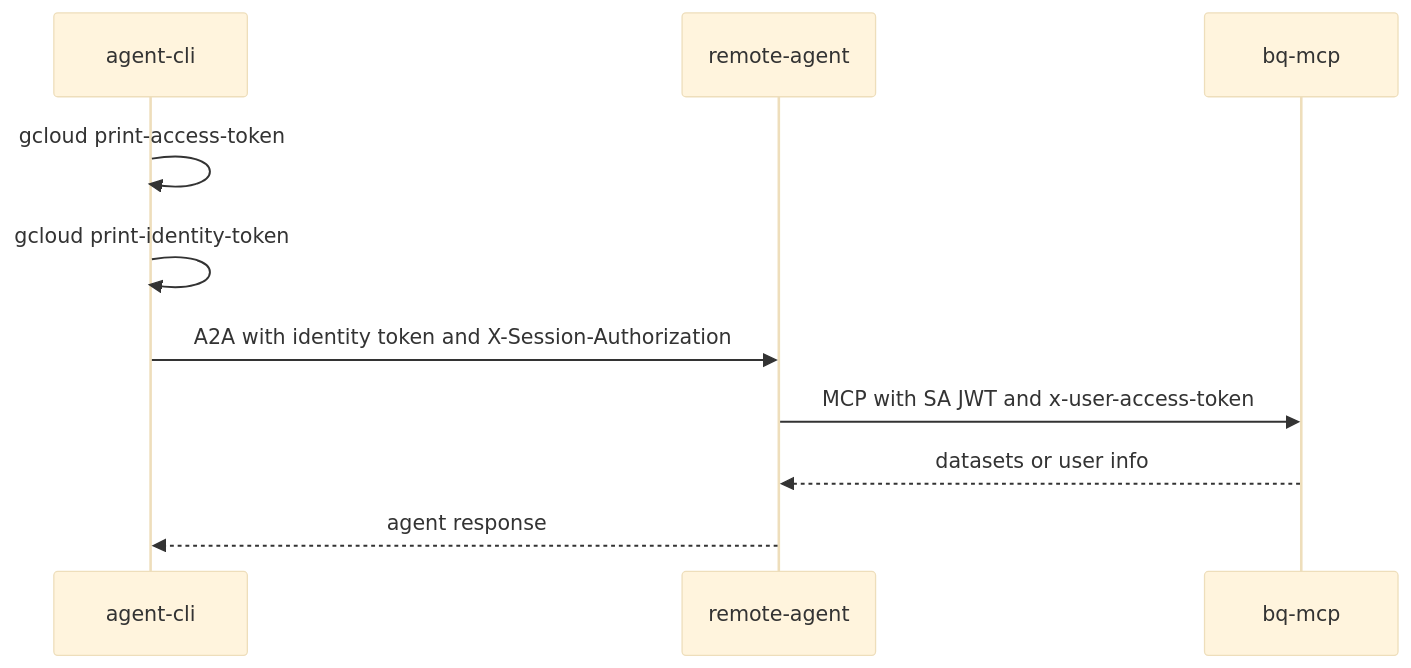
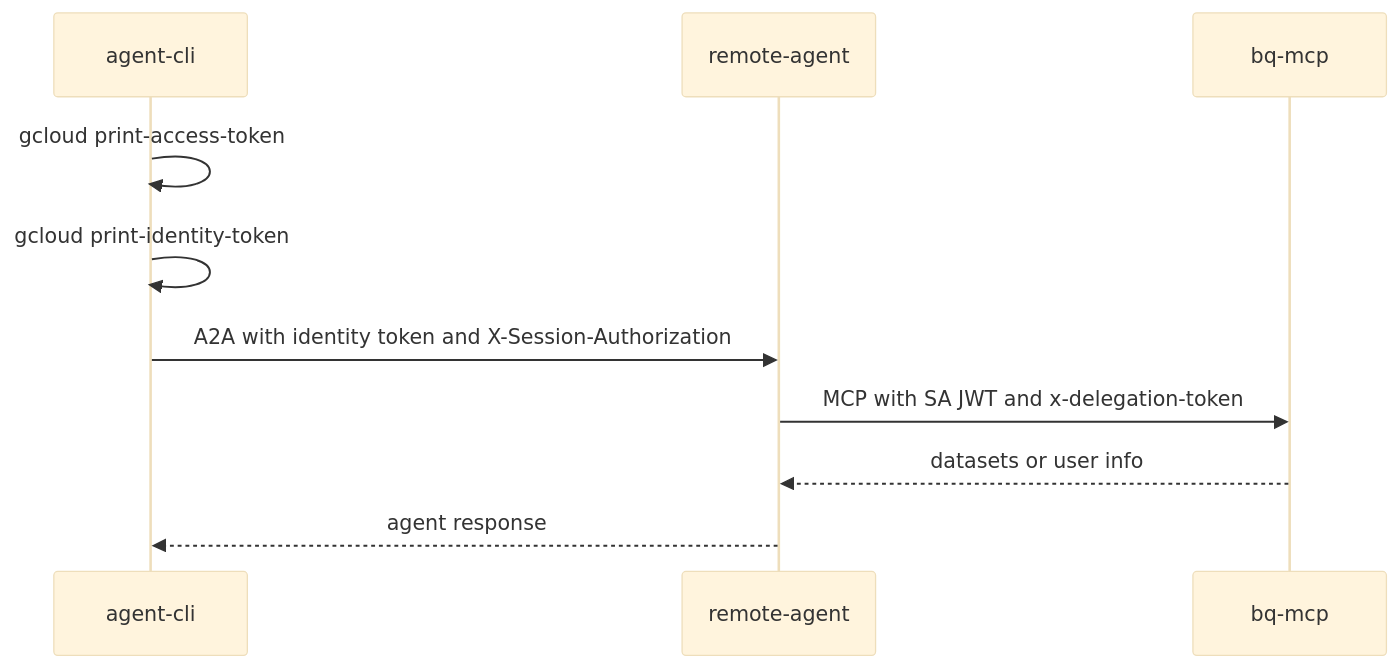
The seventh of 7 diagrams in docs/report.ja.md (yu-iskw/agent-platform-demo), drawn with Mermaid (base theme) before and after one commit. The commit also changed other lines of this file and 37 other files, not shown here.

First line of the commit message:
feat(auth): delegation JWT hop exchange and simplified auth proof UX

````diff
--- a/docs/report.ja.md
+++ b/docs/report.ja.md
@@ -392,13 +403,13 @@
 ```mermaid
 sequenceDiagram
   participant CLI as agent-cli
   participant Agent as remote-agent
   participant MCP as bq-mcp
 
   CLI->>CLI: gcloud print-access-token
   CLI->>CLI: gcloud print-identity-token
   CLI->>Agent: A2A with identity token and X-Session-Authorization
-  Agent->>MCP: MCP with SA JWT and x-user-access-token
+  Agent->>MCP: MCP with SA JWT and x-delegation-token
   MCP-->>Agent: datasets or user info
   Agent-->>CLI: agent response
 ```
````
